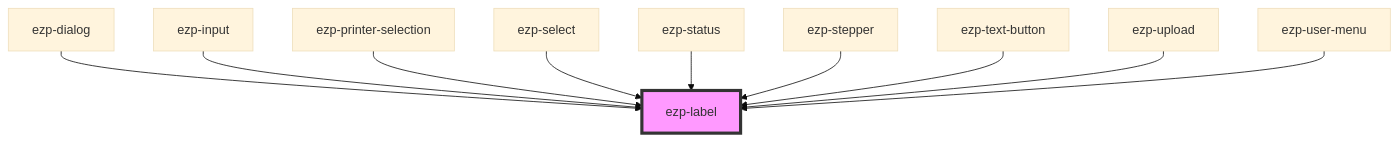
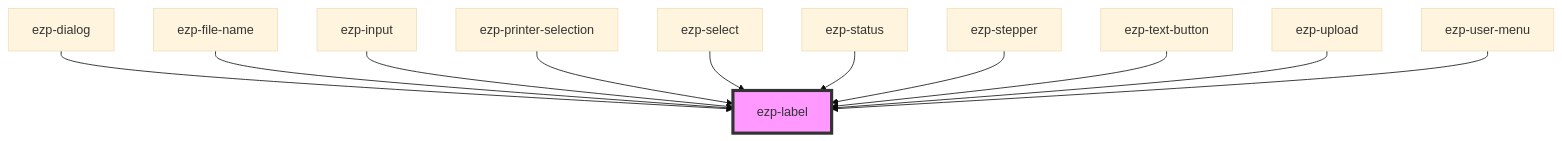
The diagram in src/components/ezp-label/readme.md (ezeep/ezeep-js), drawn with Mermaid (base theme) before and after one commit. The commit also changed other lines of this file and 3 other files, not shown here.

First line of the commit message:
docs(components): regenerate readmes for ezp-file-name and isTruncated

````diff
--- a/src/components/ezp-label/readme.md
+++ b/src/components/ezp-label/readme.md
@@ -32,13 +48,14 @@
 ```mermaid
 graph TD;
   ezp-dialog --> ezp-label
+  ezp-file-name --> ezp-label
   ezp-input --> ezp-label
   ezp-printer-selection --> ezp-label
   ezp-select --> ezp-label
   ezp-status --> ezp-label
   ezp-stepper --> ezp-label
   ezp-text-button --> ezp-label
   ezp-upload --> ezp-label
   ezp-user-menu --> ezp-label
   style ezp-label fill:#f9f,stroke:#333,stroke-width:4px
 ```
````
